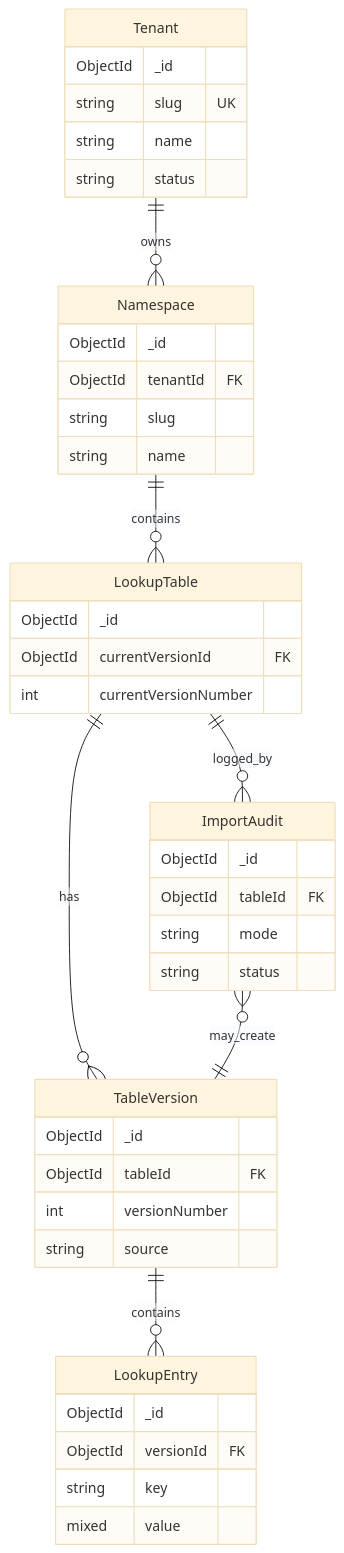
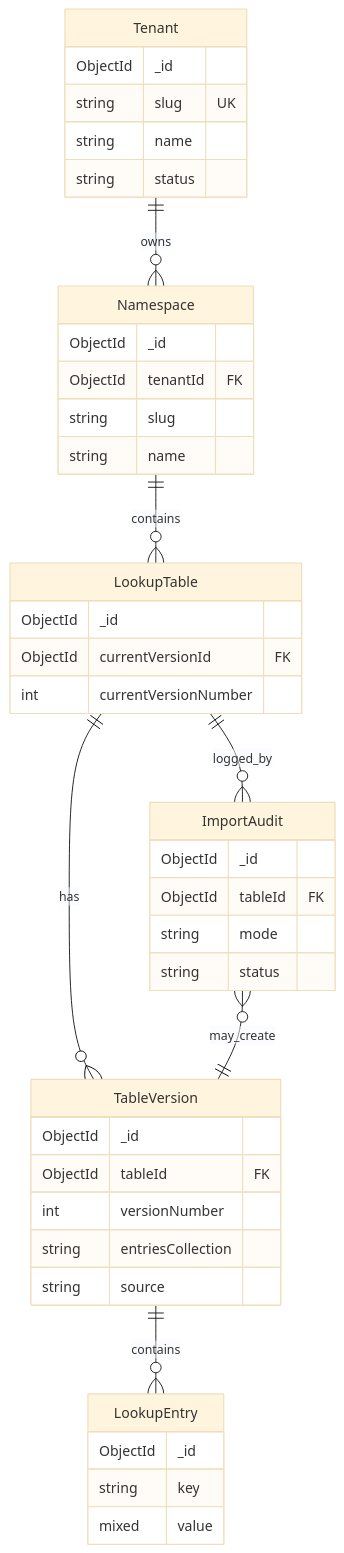
The diagram in docs/lookup-service/mongodb-data-model.md (hellohatim/generic-lookup-service), drawn with Mermaid (base theme) before and after one commit. The commit also changed other lines of this file and 37770 other files, not shown here.

````diff
--- a/docs/lookup-service/mongodb-data-model.md
+++ b/docs/lookup-service/mongodb-data-model.md
@@ -9,50 +11,50 @@
 ```mermaid
 erDiagram
   Tenant ||--o{ Namespace : owns
   Namespace ||--o{ LookupTable : contains
   LookupTable ||--o{ TableVersion : has
   TableVersion ||--o{ LookupEntry : contains
   LookupTable ||--o{ ImportAudit : logged_by
   ImportAudit }o--|| TableVersion : may_create
 
   Tenant {
     ObjectId _id
     string slug UK
     string name
     string status
   }
 
   Namespace {
     ObjectId _id
     ObjectId tenantId FK
     string slug
     string name
   }
 
   LookupTable {
     ObjectId _id
     ObjectId currentVersionId FK
     int currentVersionNumber
   }
 
   TableVersion {
     ObjectId _id
     ObjectId tableId FK
     int versionNumber
+    string entriesCollection
     string source
   }
 
   LookupEntry {
     ObjectId _id
-    ObjectId versionId FK
     string key
     mixed value
   }
 
   ImportAudit {
     ObjectId _id
     ObjectId tableId FK
     string mode
     string status
   }
 ```
````
